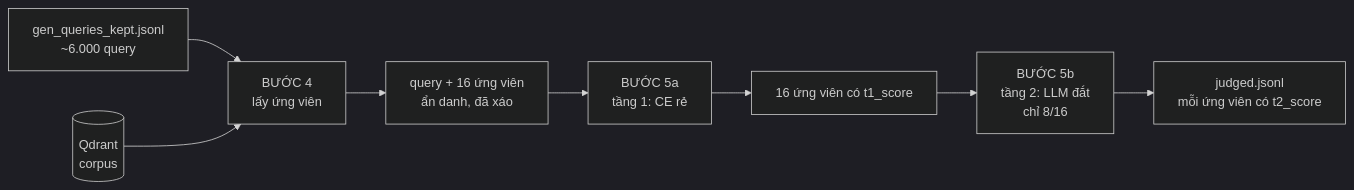
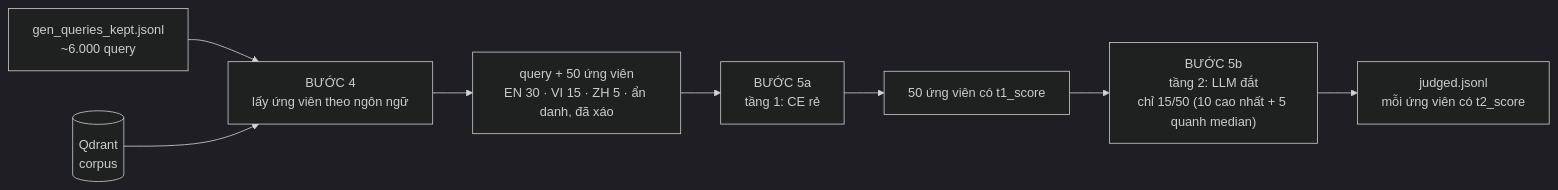
One commit to quyen244/medial-retrieval changed the first of 4 diagrams in docs/buoc-4-5-cham-utility.md. Above: the diagram before and after it, drawn with Mermaid (dark theme). The commit also changed other lines of this file and 6 other files, not shown here.

````diff
--- a/docs/buoc-4-5-cham-utility.md
+++ b/docs/buoc-4-5-cham-utility.md
@@ -14,10 +14,10 @@
 ```mermaid
 flowchart LR
-    A["gen_queries_kept.jsonl<br/>~6.000 query"] --> B["BƯỚC 4<br/>lấy ứng viên"]
+    A["gen_queries_kept.jsonl<br/>~6.000 query"] --> B["BƯỚC 4<br/>lấy ứng viên theo ngôn ngữ"]
     C[("Qdrant<br/>corpus")] --> B
-    B --> D["query + 16 ứng viên<br/>ẩn danh, đã xáo"]
+    B --> D["query + 50 ứng viên<br/>EN 30 · VI 15 · ZH 5 · ẩn danh, đã xáo"]
     D --> E["BƯỚC 5a<br/>tầng 1: CE rẻ"]
-    E --> F["16 ứng viên có t1_score"]
-    F --> G["BƯỚC 5b<br/>tầng 2: LLM đắt<br/>chỉ 8/16"]
+    E --> F["50 ứng viên có t1_score"]
+    F --> G["BƯỚC 5b<br/>tầng 2: LLM đắt<br/>chỉ 15/50 (10 cao nhất + 5 quanh median)"]
     G --> H["judged.jsonl<br/>mỗi ứng viên có t2_score"]
 ```
````
